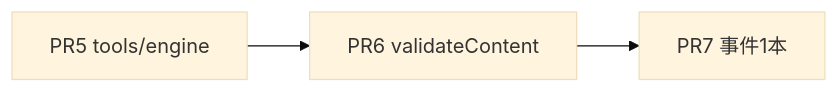
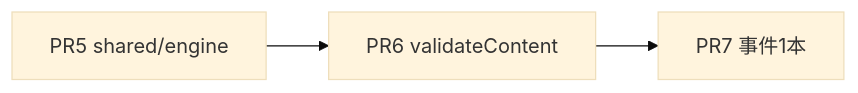
Before and after one commit to war-lab/BEB-Party: the diagram in docs/実装計画/M1.md, drawn with Mermaid (base theme). The commit also changed other lines of this file and 30 other files, not shown here.

````diff
--- a/docs/実装計画/M1.md
+++ b/docs/実装計画/M1.md
@@ -15,5 +15,5 @@
 ```mermaid
 graph LR
-    PR5[PR5 tools/engine] --> PR6[PR6 validateContent]
+    PR5[PR5 shared/engine] --> PR6[PR6 validateContent]
     PR6 --> PR7[PR7 事件1本]
 ```
````
